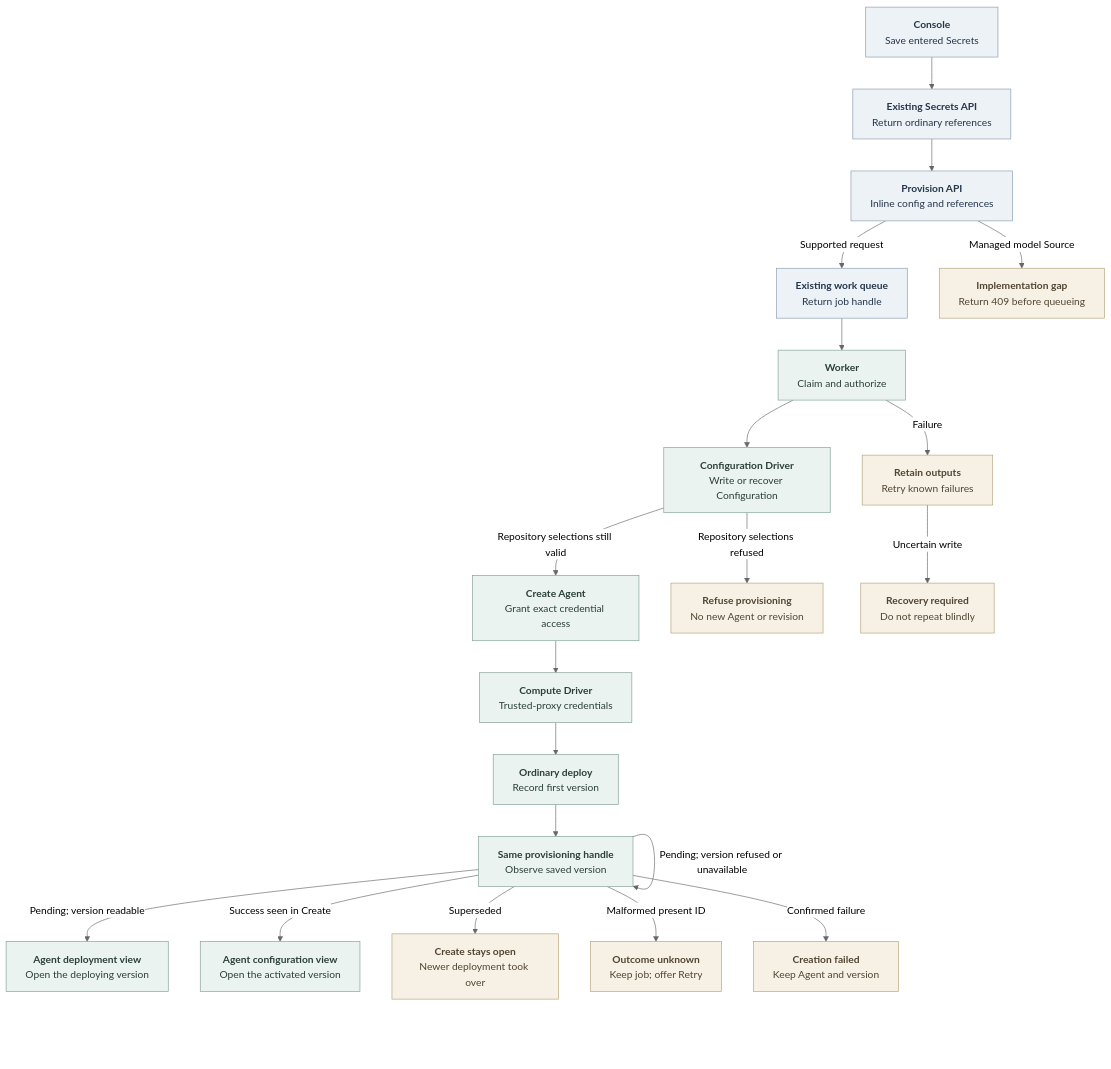
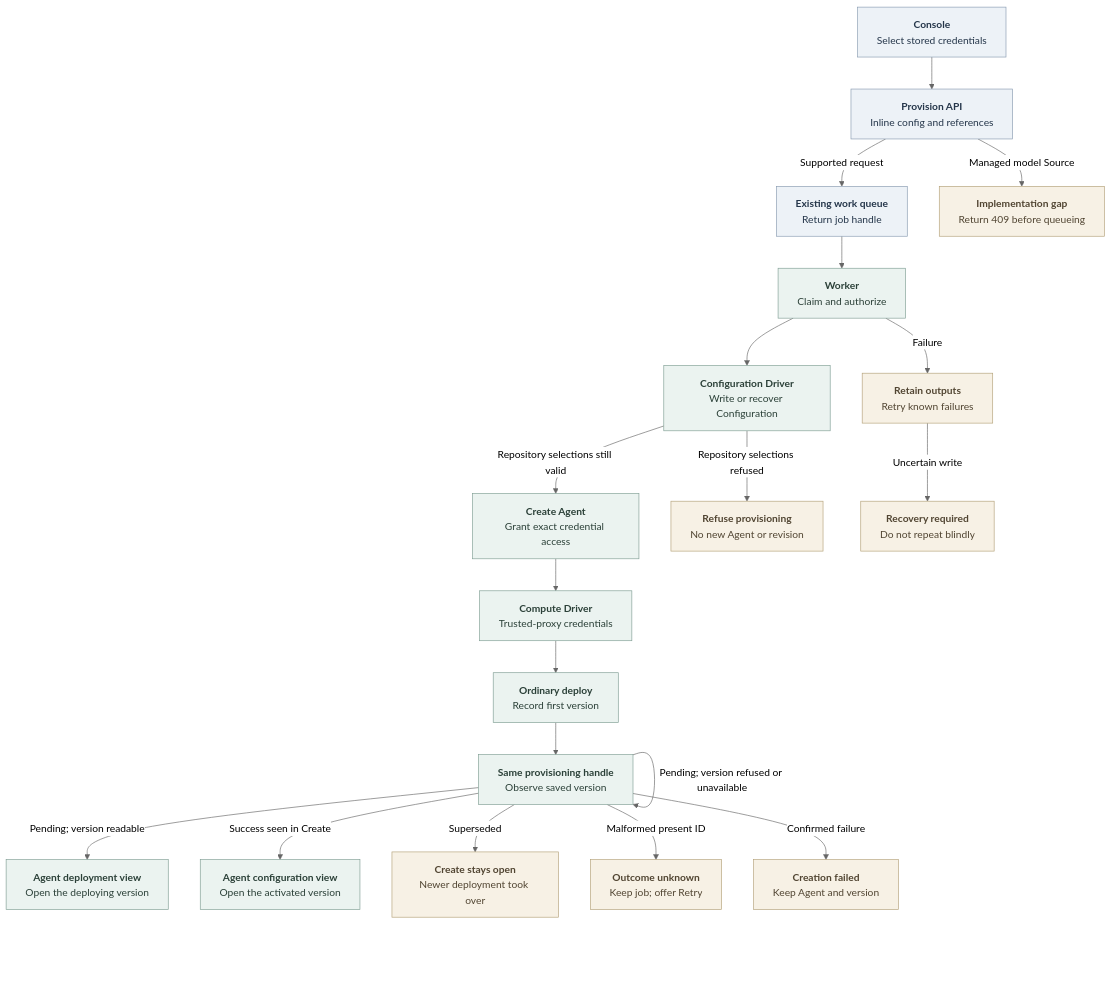
The diagram in docs/flows/agent-provisioning.md (openclaw/openclaw-enterprise), drawn with Mermaid (neutral theme) before and after one commit. The commit also changed other lines of this file and 52 other files, not shown here.

````diff
--- a/docs/flows/agent-provisioning.md
+++ b/docs/flows/agent-provisioning.md
@@ -22,29 +22,28 @@
 ```mermaid
 graph TD
-  Console["<b>Console</b><br/>Save entered Secrets"] --> Secrets["<b>Existing Secrets API</b><br/>Return ordinary references"]
-  Secrets --> API["<b>Provision API</b><br/>Inline config and references"]
+  Console["<b>Console</b><br/>Select stored credentials"] --> API["<b>Provision API</b><br/>Inline config and references"]
   API -->|Supported request| Queue["<b>Existing work queue</b><br/>Return job handle"]
   API -->|Managed model Source| Gap["<b>Implementation gap</b><br/>Return 409 before queueing"]
   Queue --> Claim["<b>Worker</b><br/>Claim and authorize"]
   Claim --> Config["<b>Configuration Driver</b><br/>Write or recover Configuration"]
   Config -->|Repository selections still valid| Agent["<b>Create Agent</b><br/>Grant exact credential access"]
   Config -->|Repository selections refused| RepoRefused["<b>Refuse provisioning</b><br/>No new Agent or revision"]
   Agent --> Transport["<b>Compute Driver</b><br/>Trusted-proxy credentials"]
   Transport --> Deploy["<b>Ordinary deploy</b><br/>Record first version"]
   Deploy --> Observe["<b>Same provisioning handle</b><br/>Observe saved version"]
   Observe -->|Pending; version readable| UI["<b>Agent deployment view</b><br/>Open the deploying version"]
   Observe -->|Pending; version refused or unavailable| Observe
   Observe -->|Success seen in Create| Settings["<b>Agent configuration view</b><br/>Open the activated version"]
   Observe -->|Superseded| Superseded["<b>Create stays open</b><br/>Newer deployment took over"]
   Observe -->|Malformed present ID| Unknown["<b>Outcome unknown</b><br/>Keep job; offer Retry"]
   Observe -->|Confirmed failure| Terminal["<b>Creation failed</b><br/>Keep Agent and version"]
   Claim -->|Failure| Failed["<b>Retain outputs</b><br/>Retry known failures"]
   Failed -->|Uncertain write| Recovery["<b>Recovery required</b><br/>Do not repeat blindly"]
 
   classDef state fill:#EDF2F7,stroke:#879AB0,color:#25364A,stroke-width:1px
   classDef operation fill:#EBF3F0,stroke:#7F9D93,color:#2B4038,stroke-width:1px
   classDef condition fill:#F7F1E5,stroke:#B3A078,color:#514532,stroke-width:1px
-  class Console,Secrets,API,Queue state
+  class Console,API,Queue state
   class Claim,Config,Agent,Transport,Deploy,Observe,UI,Settings operation
   class Failed,Recovery,Terminal,Superseded,RepoRefused,Unknown,Gap condition
 ```
````
